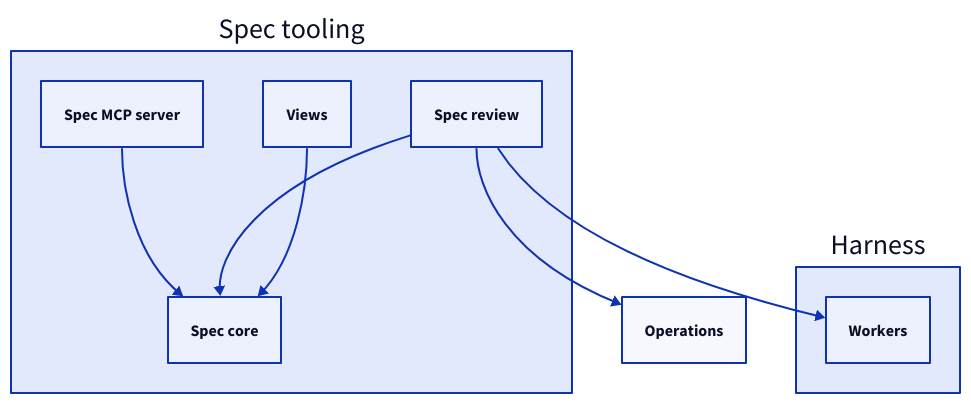
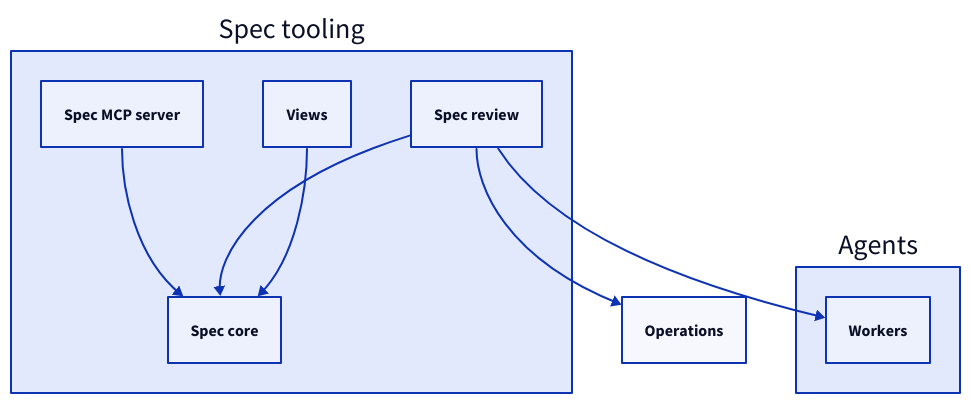
One commit to FTOD/concorde changed the diagram in specs/concorde/spec-tooling/module.md. Above: the diagram before and after it, drawn with D2. The commit also changed 81 other files, not shown here.

First line of the commit message:
Organize agents by work level and make the Harness agent-independent

````diff
--- a/specs/concorde/spec-tooling/module.md
+++ b/specs/concorde/spec-tooling/module.md
@@ -58,17 +58,17 @@
 ```d2
 tooling: Spec tooling {
   core: Spec core
   mcp: Spec MCP server
   review: Spec review
   views: Views
   mcp -> core
   review -> core
   views -> core
 }
-harness: Harness {
+agents: Agents {
   workers: Workers
 }
 operations: Operations
-tooling.review -> harness.workers
+tooling.review -> agents.workers
 tooling.review -> operations
 ```
````
